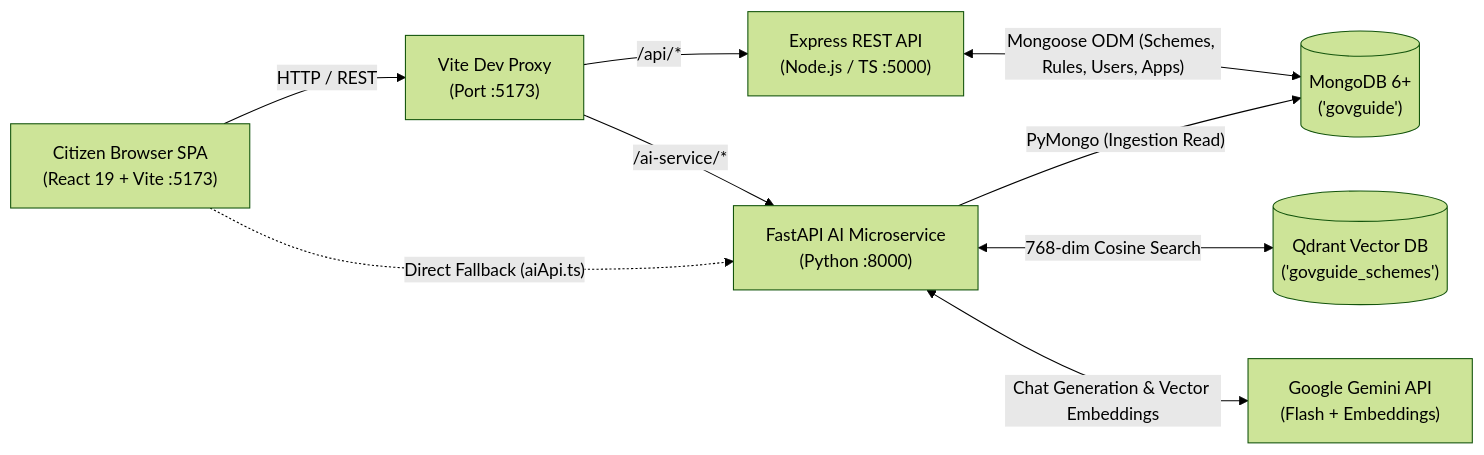
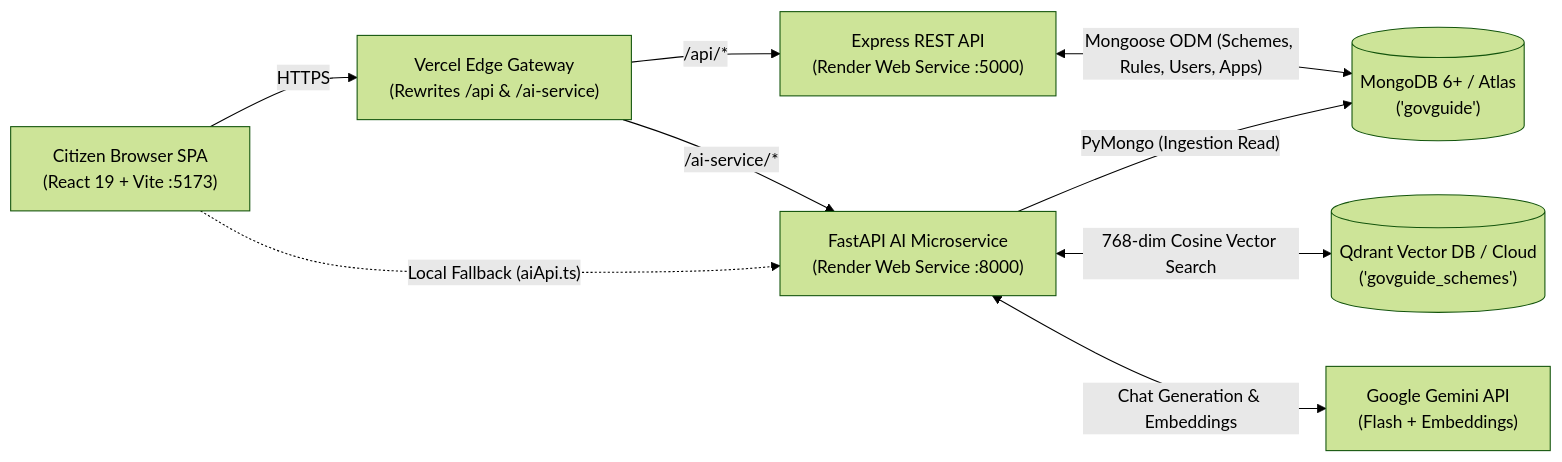
One commit to Kunal225-tech/GovGuide changed the diagram in README.md. Above: the diagram before and after it, drawn with Mermaid (forest theme). The commit also changed other lines of this file and 15 other files, not shown here.

````diff
--- a/README.md
+++ b/README.md
@@ -58,20 +61,20 @@
 ```mermaid
 flowchart LR
     Browser["Citizen Browser SPA\n(React 19 + Vite :5173)"]
-    ViteProxy["Vite Dev Proxy\n(Port :5173)"]
-    Express["Express REST API\n(Node.js / TS :5000)"]
-    FastAPI["FastAPI AI Microservice\n(Python :8000)"]
-    MongoDB[("MongoDB 6+\n('govguide')")]
-    Qdrant[("Qdrant Vector DB\n('govguide_schemes')")]
+    Vercel["Vercel Edge Gateway\n(Rewrites /api & /ai-service)"]
+    Express["Express REST API\n(Render Web Service :5000)"]
+    FastAPI["FastAPI AI Microservice\n(Render Web Service :8000)"]
+    MongoDB[("MongoDB 6+ / Atlas\n('govguide')")]
+    Qdrant[("Qdrant Vector DB / Cloud\n('govguide_schemes')")]
     Gemini["Google Gemini API\n(Flash + Embeddings)"]
 
-    Browser -->|"HTTP / REST"| ViteProxy
-    ViteProxy -->|"/api/*"| Express
-    ViteProxy -->|"/ai-service/*"| FastAPI
-    Browser -.->|"Direct Fallback (aiApi.ts)"| FastAPI
+    Browser -->|"HTTPS"| Vercel
+    Vercel -->|"/api/*"| Express
+    Vercel -->|"/ai-service/*"| FastAPI
+    Browser -.->|"Local Fallback (aiApi.ts)"| FastAPI
 
     Express <-->|"Mongoose ODM (Schemes, Rules, Users, Apps)"| MongoDB
     FastAPI -->|"PyMongo (Ingestion Read)"| MongoDB
-    FastAPI <-->|"768-dim Cosine Search"| Qdrant
-    FastAPI <-->|"Chat Generation & Vector Embeddings"| Gemini
+    FastAPI <-->|"768-dim Cosine Vector Search"| Qdrant
+    FastAPI <-->|"Chat Generation & Embeddings"| Gemini
 ```
````
